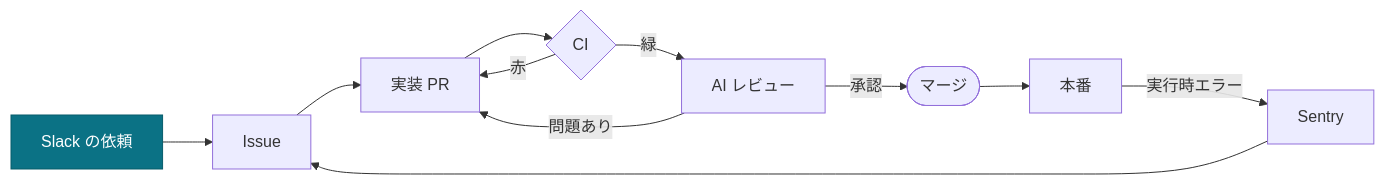
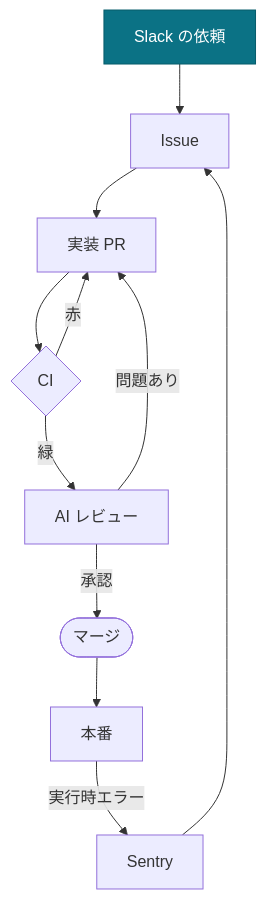
One commit to hakusoft/loop-engineering-lab changed the first of 2 diagrams in README.md. Above: the diagram before and after it, drawn with Mermaid.

Commit message:
docs: ループ図を縦向き（TD）にする
flowchart LR は 9 ノードを横一列に並べるため、README の幅に収めると
各ノードが潰れて読めなくなっていた。TD にして縦に積む。

````diff
--- a/README.md
+++ b/README.md
@@ -9,16 +9,16 @@
 ```mermaid
-flowchart LR
+flowchart TD
     SLACK[Slack の依頼] --> ISSUE[Issue]
     ISSUE --> PR[実装 PR]
     PR --> CI{CI}
     CI -->|赤| PR
     CI -->|緑| REVIEW[AI レビュー]
     REVIEW -->|問題あり| PR
     REVIEW -->|承認| MERGE([マージ])
     MERGE --> PROD[本番]
     PROD -->|実行時エラー| SENTRY[Sentry]
     SENTRY --> ISSUE
 
     classDef human fill:#0b7285,stroke:#075c6b,color:#fff
     class SLACK human
 ```
````
